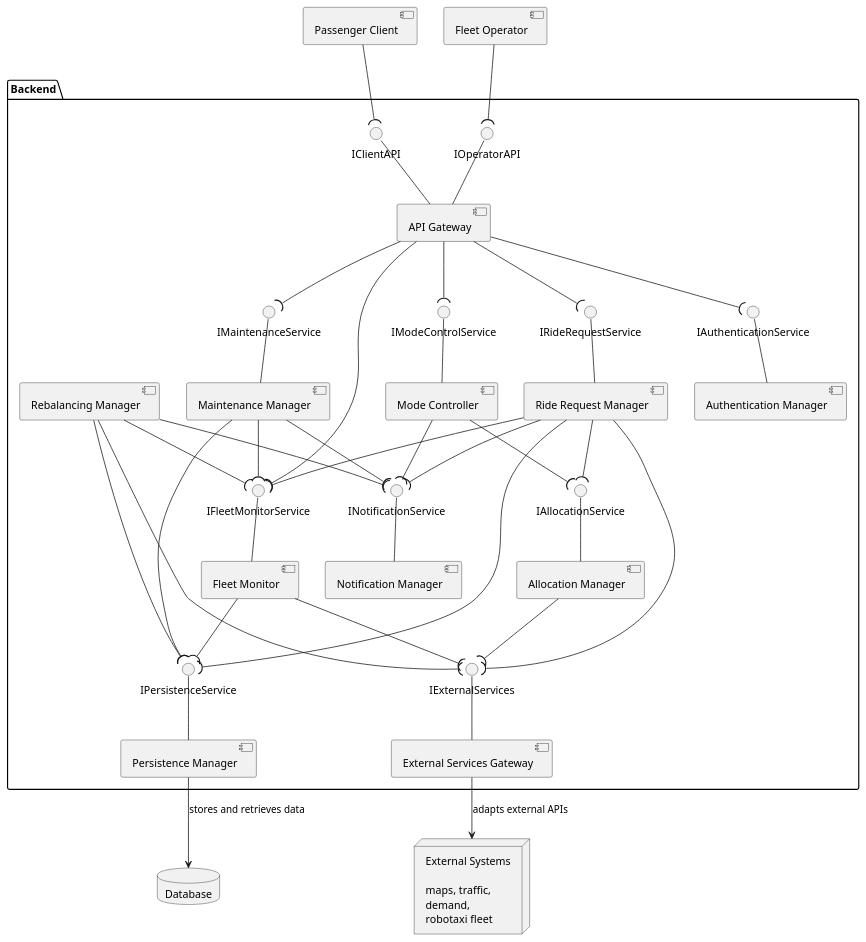
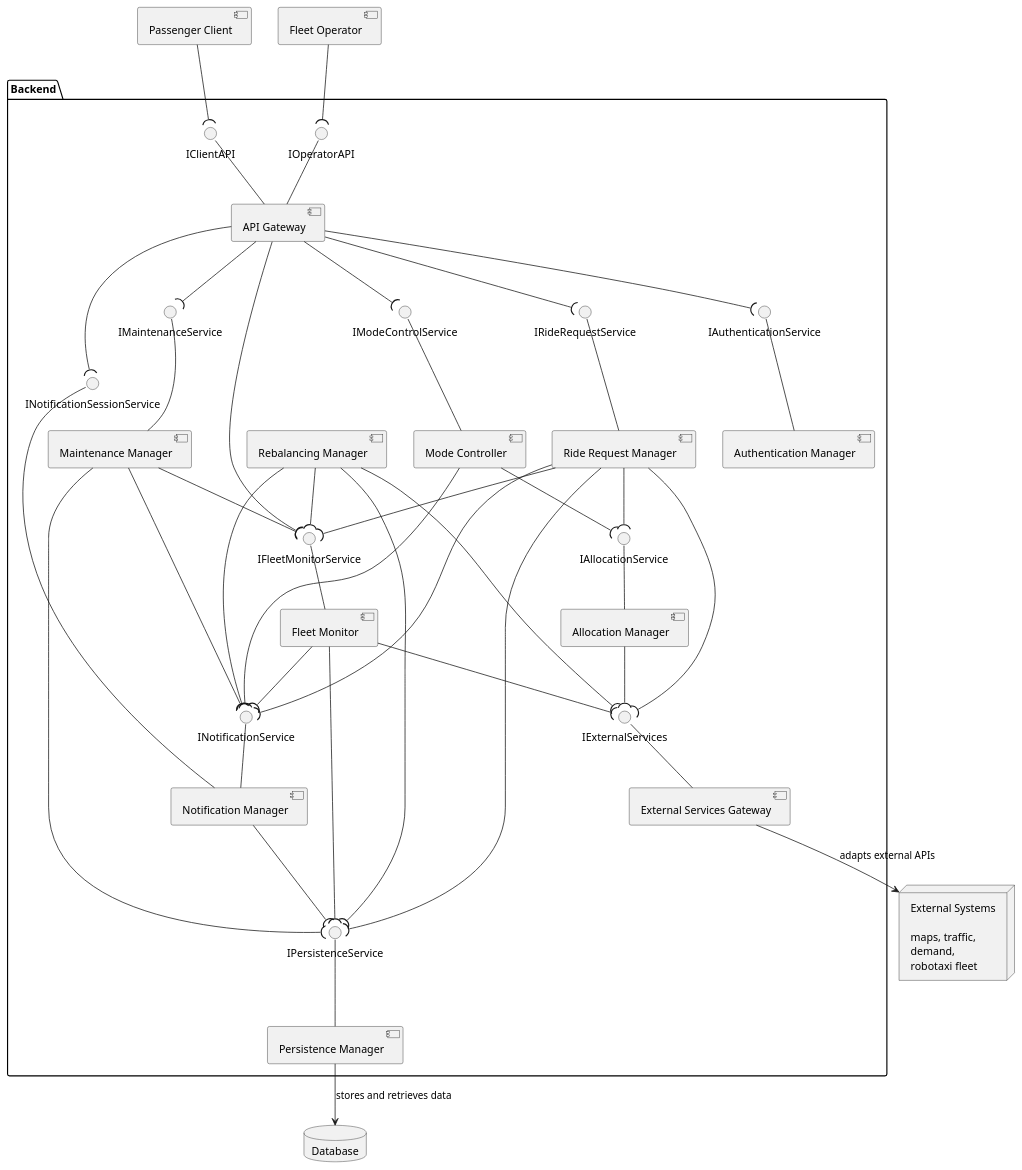
One commit to meggie-0/SE4A_ROAd_MargheritaBertipaglia_DavidCazzaniga_PasqualeIgnarra_Project changed the first of 10 diagrams in Implementation/docs/DD.md. Above: the diagram before and after it, drawn with PlantUML. The commit also changed other lines of this file and 9 other files, not shown here.

```diff
--- a/Implementation/docs/DD.md
+++ b/Implementation/docs/DD.md
@@ -224,6 +224,7 @@
 
     component "Notification Manager" as NotificationManager
     () "INotificationService"
+    () "INotificationSessionService"
 
     component "Rebalancing Manager" as RebalancingManager
 }
@@ -242,6 +243,7 @@
 APIGateway --( IFleetMonitorService
 APIGateway --( IModeControlService
 APIGateway --( IMaintenanceService
+APIGateway --( INotificationSessionService
 
 AuthenticationManager -up- IAuthenticationService
 RideRequestManager   -up- IRideRequestService
@@ -252,6 +254,7 @@
 PersistenceManager   -up- IPersistenceService
 ExternalServicesGateway -up- IExternalServices
 NotificationManager  -up- INotificationService
+NotificationManager  -up- INotificationSessionService
 
 RideRequestManager --( IPersistenceService
 RideRequestManager --( IAllocationService
@@ -263,6 +266,9 @@
 
 FleetMonitor --( IPersistenceService
 FleetMonitor --( IExternalServices
+FleetMonitor --( INotificationService
+
+NotificationManager --( IPersistenceService
 
 ModeController --( IAllocationService
 ModeController --( INotificationService
```
